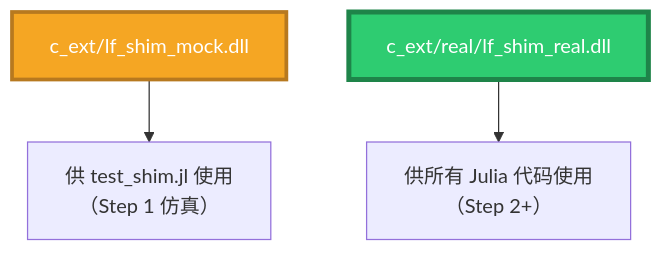
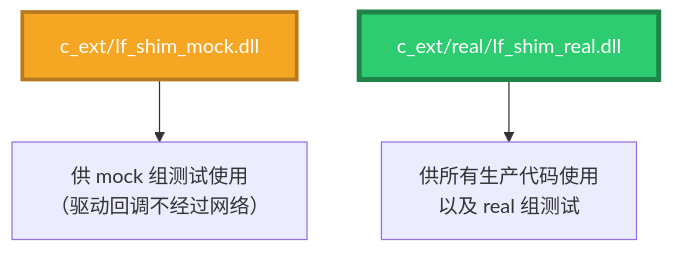
Before and after one commit to PassByYou888/LingoFuse: the tenth of 29 diagrams in julia/README.md, drawn with Mermaid. The commit also changed other lines of this file and 41 other files, not shown here.

````diff
--- a/julia/README.md
+++ b/julia/README.md
@@ -360,11 +395,11 @@
 ```mermaid
 flowchart TB
     M["c_ext/lf_shim_mock.dll"]
     R["c_ext/real/lf_shim_real.dll"]
 
-    M --> MU["供 test_shim.jl 使用<br/>（Step 1 仿真）"]
-    R --> RU["供所有 Julia 代码使用<br/>（Step 2+）"]
+    M --> MU["供 mock 组测试使用<br/>（驱动回调不经过网络）"]
+    R --> RU["供所有生产代码使用<br/>以及 real 组测试"]
 
     style R fill:#2ECC71,stroke:#1E8449,stroke-width:4px,color:#FFFFFF
     style M fill:#F5A623,stroke:#B7791F,stroke-width:3px,color:#FFFFFF
 ```
````
